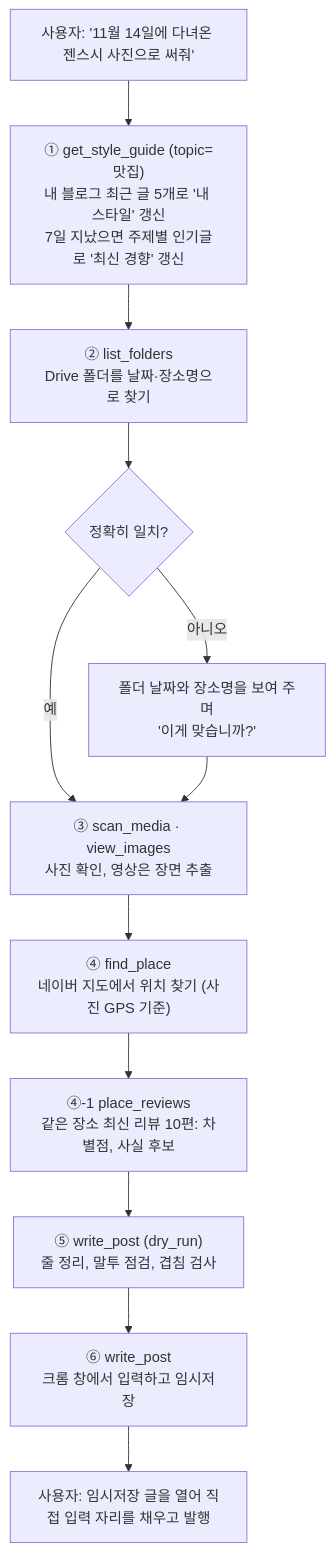
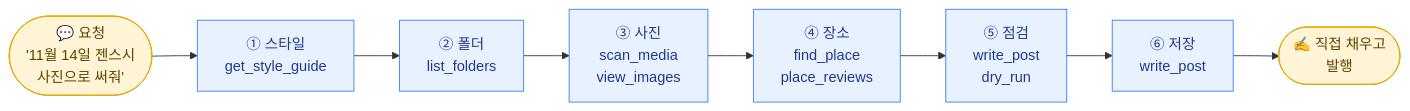
Before and after one commit to yoonwanggyu/naverblog-mcp: the diagram in README.md, drawn with Mermaid. The commit also changed other lines of this file and 18 other files, not shown here.

````diff
--- a/README.md
+++ b/README.md
@@ -21,14 +21,14 @@
 ```mermaid
-flowchart TD
-    U["사용자: '11월 14일에 다녀온 젠스시 사진으로 써줘'"] --> S1
-    S1["① get_style_guide (topic=맛집)<br/>내 블로그 최근 글 5개로 '내 스타일' 갱신<br/>7일 지났으면 주제별 인기글로 '최신 경향' 갱신"] --> S2
-    S2["② list_folders<br/>Drive 폴더를 날짜·장소명으로 찾기"] --> Q{정확히 일치?}
-    Q -- 예 --> S3
-    Q -- 아니오 --> C["폴더 날짜와 장소명을 보여 주며<br/>'이게 맞습니까?'"] --> S3
-    S3["③ scan_media · view_images<br/>사진 확인, 영상은 장면 추출"] --> S4
-    S4["④ find_place<br/>네이버 지도에서 위치 찾기 (사진 GPS 기준)"] --> S4b
-    S4b["④-1 place_reviews<br/>같은 장소 최신 리뷰 10편: 차별점, 사실 후보"] --> S5
-    S5["⑤ write_post (dry_run)<br/>줄 정리, 말투 점검, 겹침 검사"] --> S6
-    S6["⑥ write_post<br/>크롬 창에서 입력하고 임시저장"] --> P
-    P["사용자: 임시저장 글을 열어 직접 입력 자리를 채우고 발행"]
+flowchart LR
+    U(["💬 요청<br/>'11월 14일 젠스시<br/>사진으로 써줘'"]) --> S1
+    S1["① 스타일<br/>get_style_guide"] --> S2["② 폴더<br/>list_folders"]
+    S2 --> S3["③ 사진<br/>scan_media<br/>view_images"]
+    S3 --> S4["④ 장소<br/>find_place<br/>place_reviews"]
+    S4 --> S5["⑤ 점검<br/>write_post<br/>dry_run"]
+    S5 --> S6["⑥ 저장<br/>write_post"]
+    S6 --> P(["✍️ 직접 채우고<br/>발행"])
+    classDef user fill:#FFF4D6,stroke:#E0A800,color:#5C4400
+    classDef step fill:#E8F1FF,stroke:#3B82F6,color:#1E3A8A
+    class U,P user
+    class S1,S2,S3,S4,S5,S6 step
 ```
````
